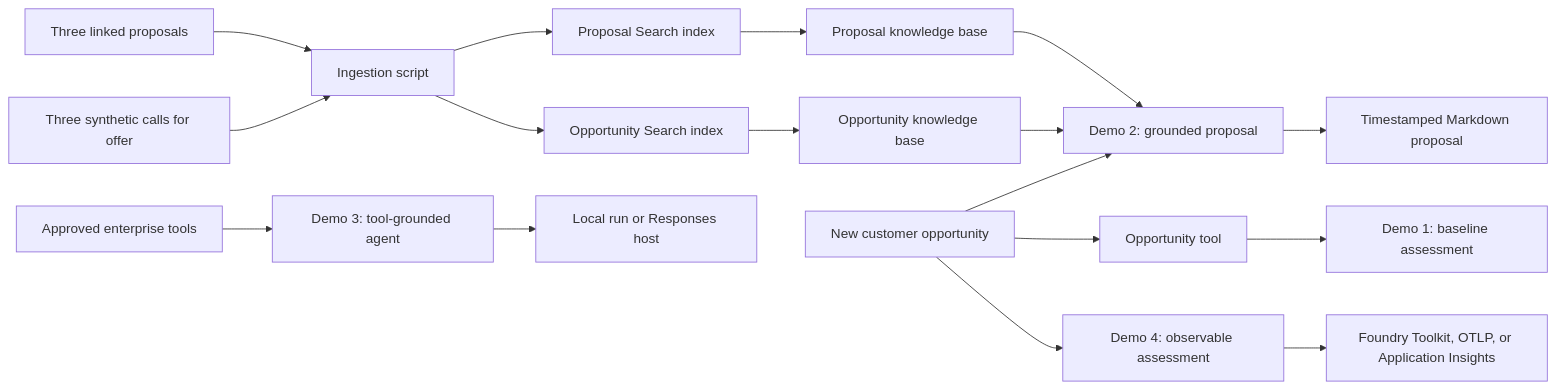
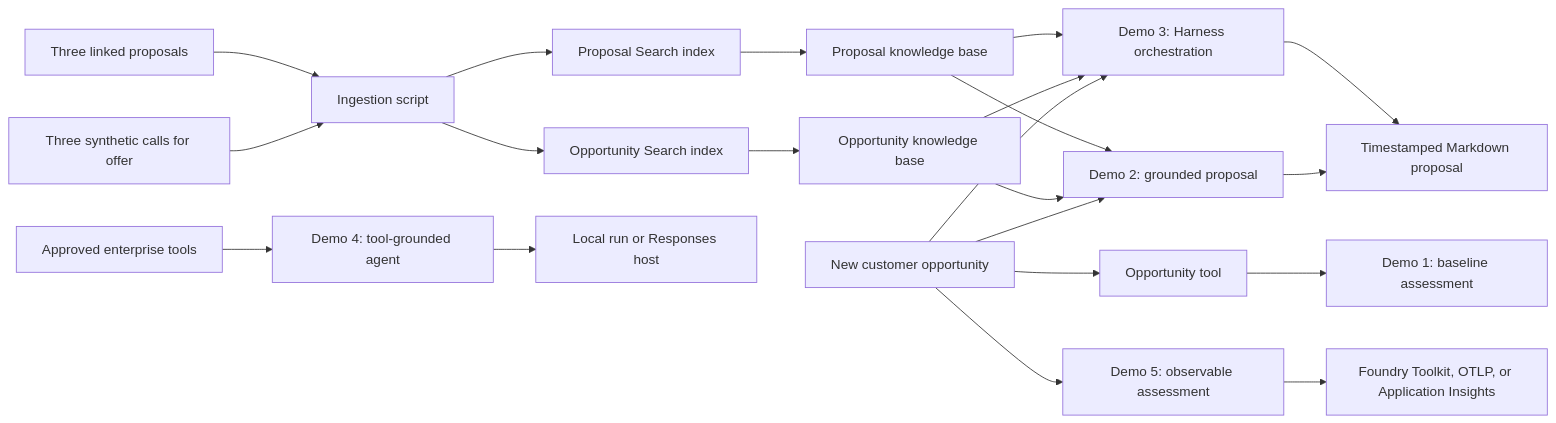
One commit to flo7up/RFP-Agent-On-Microsoft-Foundry changed the diagram in README.md. Above: the diagram before and after it, drawn with Mermaid. The commit also changed other lines of this file and 26 other files, not shown here.

````diff
--- a/README.md
+++ b/README.md
@@ -18,22 +18,27 @@
 ```mermaid
 flowchart LR
     H[Three synthetic calls for offer] --> I[Ingestion script]
     P[Three linked proposals] --> I
     I --> OS[Opportunity Search index]
     I --> PS[Proposal Search index]
     OS --> OKB[Opportunity knowledge base]
     PS --> PKB[Proposal knowledge base]
 
     O[New customer opportunity] --> OT[Opportunity tool]
     OT --> D1[Demo 1: baseline assessment]
     O --> D2[Demo 2: grounded proposal]
     OKB --> D2
     PKB --> D2
     D2 --> B[Timestamped Markdown proposal]
 
-    T[Approved enterprise tools] --> D3[Demo 3: tool-grounded agent]
-    D3 --> R[Local run or Responses host]
+    O --> D3[Demo 3: Harness orchestration]
+    OKB --> D3
+    PKB --> D3
+    D3 --> B
 
-    O --> D4[Demo 4: observable assessment]
-    D4 --> M[Foundry Toolkit, OTLP, or Application Insights]
+    T[Approved enterprise tools] --> D4[Demo 4: tool-grounded agent]
+    D4 --> R[Local run or Responses host]
+
+    O --> D5[Demo 5: observable assessment]
+    D5 --> M[Foundry Toolkit, OTLP, or Application Insights]
 ```
````
